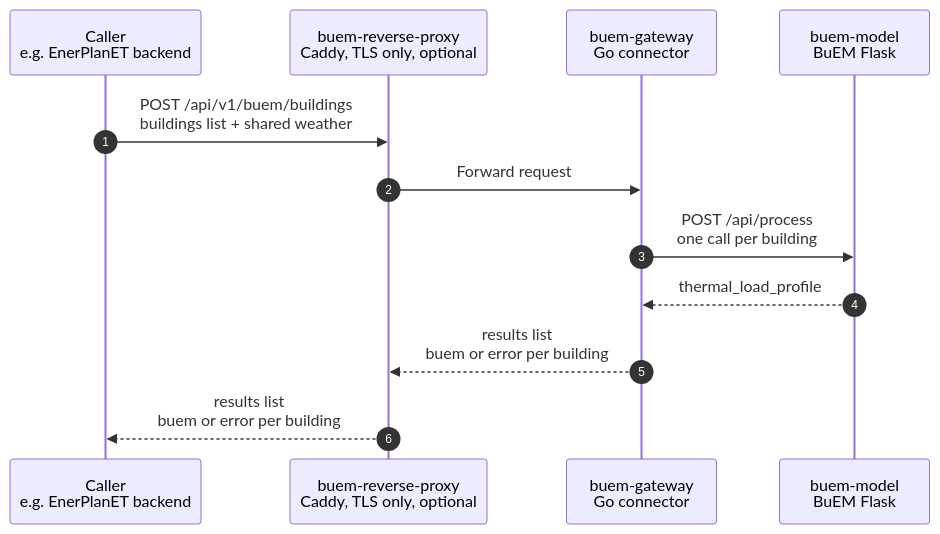
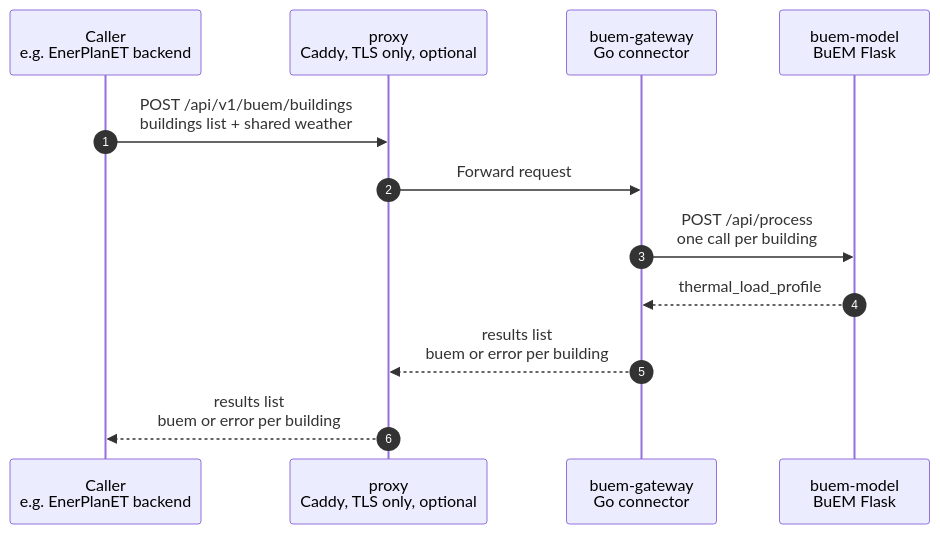
Before and after one commit to enerplanet/buem-gateway: the diagram in README.md, drawn with Mermaid. The commit also changed other lines of this file and 19 other files, not shown here.

````diff
--- a/README.md
+++ b/README.md
@@ -26,15 +26,15 @@
 ```mermaid
 sequenceDiagram
     autonumber
     participant Caller as Caller<br/>e.g. EnerPlanET backend
-    participant Proxy as buem-reverse-proxy<br/>Caddy, TLS only, optional
+    participant Proxy as proxy<br/>Caddy, TLS only, optional
     participant App as buem-gateway<br/>Go connector
     participant Model as buem-model<br/>BuEM Flask
 
     Caller->>Proxy: POST /api/v1/buem/buildings<br/>buildings list + shared weather
     Proxy->>App: Forward request
     App->>Model: POST /api/process<br/>one call per building
     Model-->>App: thermal_load_profile
     App-->>Proxy: results list<br/>buem or error per building
     Proxy-->>Caller: results list<br/>buem or error per building
 ```
````
